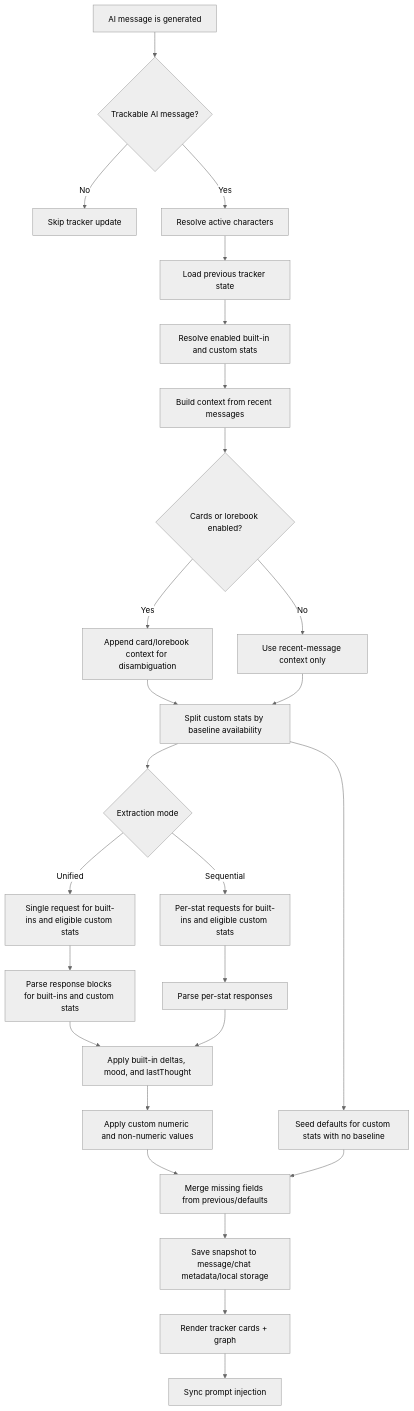
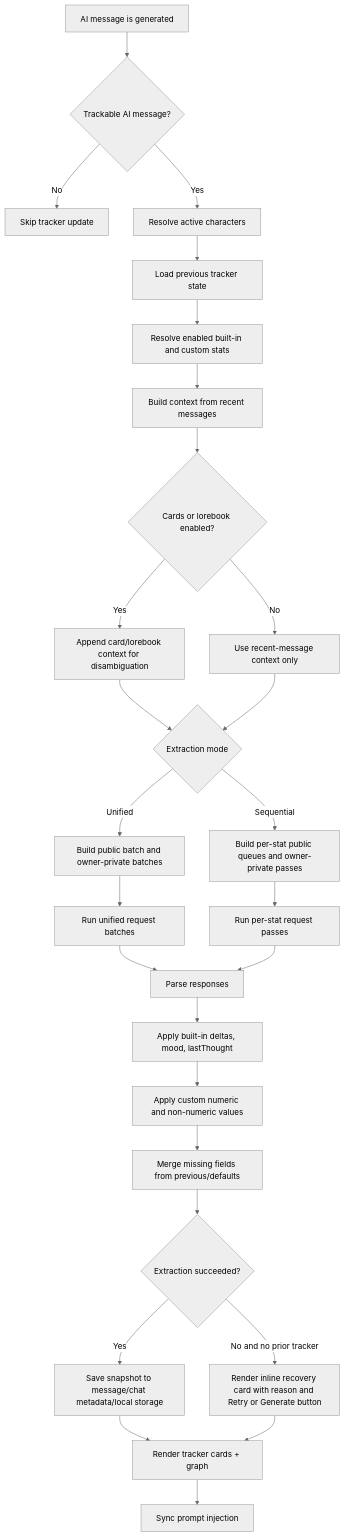
The first of 2 diagrams in README.md (ghostd93/BetterSimTracker), drawn with Mermaid (neutral theme) before and after one commit. The commit also changed other lines of this file and 14 other files, not shown here.

Commit message:
feat: add tracker recovery UI and owner-scoped private stats

````diff
--- a/README.md
+++ b/README.md
@@ -127,28 +129,29 @@
 ```mermaid
 flowchart TD
   A[AI message is generated] --> B{Trackable AI message?}
   B -- No --> Z[Skip tracker update]
   B -- Yes --> C[Resolve active characters]
   C --> D[Load previous tracker state]
   D --> E[Resolve enabled built-in and custom stats]
   E --> F[Build context from recent messages]
   F --> G{Cards or lorebook enabled?}
   G -- Yes --> H[Append card/lorebook context for disambiguation]
   G -- No --> I[Use recent-message context only]
-  H --> J[Split custom stats by baseline availability]
+  H --> J{Extraction mode}
   I --> J
-  J --> K{Extraction mode}
-  K -- Unified --> L[Single request for built-ins and eligible custom stats]
-  K -- Sequential --> M[Per-stat requests for built-ins and eligible custom stats]
-  L --> N[Parse response blocks for built-ins and custom stats]
-  M --> O[Parse per-stat responses]
-  N --> P[Apply built-in deltas, mood, and lastThought]
-  O --> P
+  J -- Unified --> K[Build public batch and owner-private batches]
+  J -- Sequential --> L[Build per-stat public queues and owner-private passes]
+  K --> M[Run unified request batches]
+  L --> N[Run per-stat request passes]
+  M --> O[Parse responses]
+  N --> O
+  O --> P[Apply built-in deltas, mood, lastThought]
   P --> Q[Apply custom numeric and non-numeric values]
-  J --> R[Seed defaults for custom stats with no baseline]
-  Q --> S[Merge missing fields from previous/defaults]
-  R --> S
-  S --> T[Save snapshot to message/chat metadata/local storage]
-  T --> U[Render tracker cards + graph]
-  U --> V[Sync prompt injection]
+  Q --> R[Merge missing fields from previous/defaults]
+  R --> S{Extraction succeeded?}
+  S -- Yes --> T[Save snapshot to message/chat metadata/local storage]
+  S -- No and no prior tracker --> U[Render inline recovery card with reason and Retry or Generate button]
+  T --> V[Render tracker cards + graph]
+  U --> V
+  V --> W[Sync prompt injection]
 ```
````
